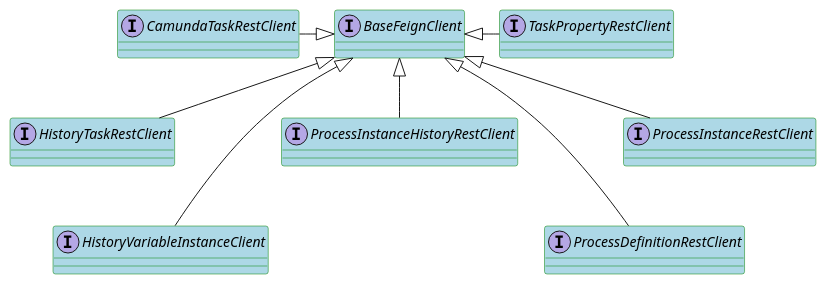
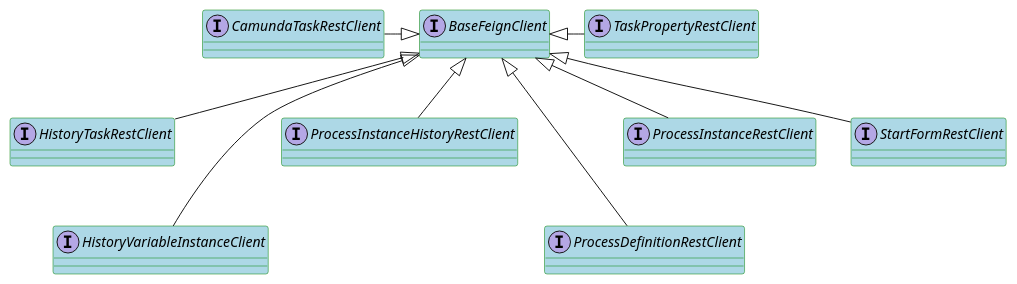
Before and after one commit to epam/edp-ddm-bpms: the first of 3 diagrams in docs/modules/bpms/pages/bpms-feign-client.adoc, drawn with PlantUML. The commit also changed other lines of this file and 19 other files, not shown here.

```diff
--- a/docs/modules/bpms/pages/bpms-feign-client.adoc
+++ b/docs/modules/bpms/pages/bpms-feign-client.adoc
@@ -8,18 +8,19 @@
 [plantuml,feign-client,svg]
 ----
 @startuml
 interface BaseFeignClient  #back:lightblue;line:green;text:black
 interface CamundaTaskRestClient #back:lightblue;line:green;text:black
 interface HistoryTaskRestClient  #back:lightblue;line:green;text:black extends BaseFeignClient
 interface HistoryVariableInstanceClient  #back:lightblue;line:green;text:black extends BaseFeignClient
 interface ProcessInstanceHistoryRestClient  #back:lightblue;line:green;text:black extends BaseFeignClient
 interface ProcessDefinitionRestClient  #back:lightblue;line:green;text:black extends BaseFeignClient
 interface ProcessInstanceRestClient  #back:lightblue;line:green;text:black extends BaseFeignClient
 interface TaskPropertyRestClient  #back:lightblue;line:green;text:black
+interface StartFormRestClient #back:lightblue;line:green;text:black extends BaseFeignClient
 
 CamundaTaskRestClient -|> BaseFeignClient
 BaseFeignClient <|- TaskPropertyRestClient
 ProcessInstanceRestClient <-[hidden]- ProcessDefinitionRestClient
 HistoryTaskRestClient  --[hidden]> HistoryVariableInstanceClient
 @enduml
 ----
```
